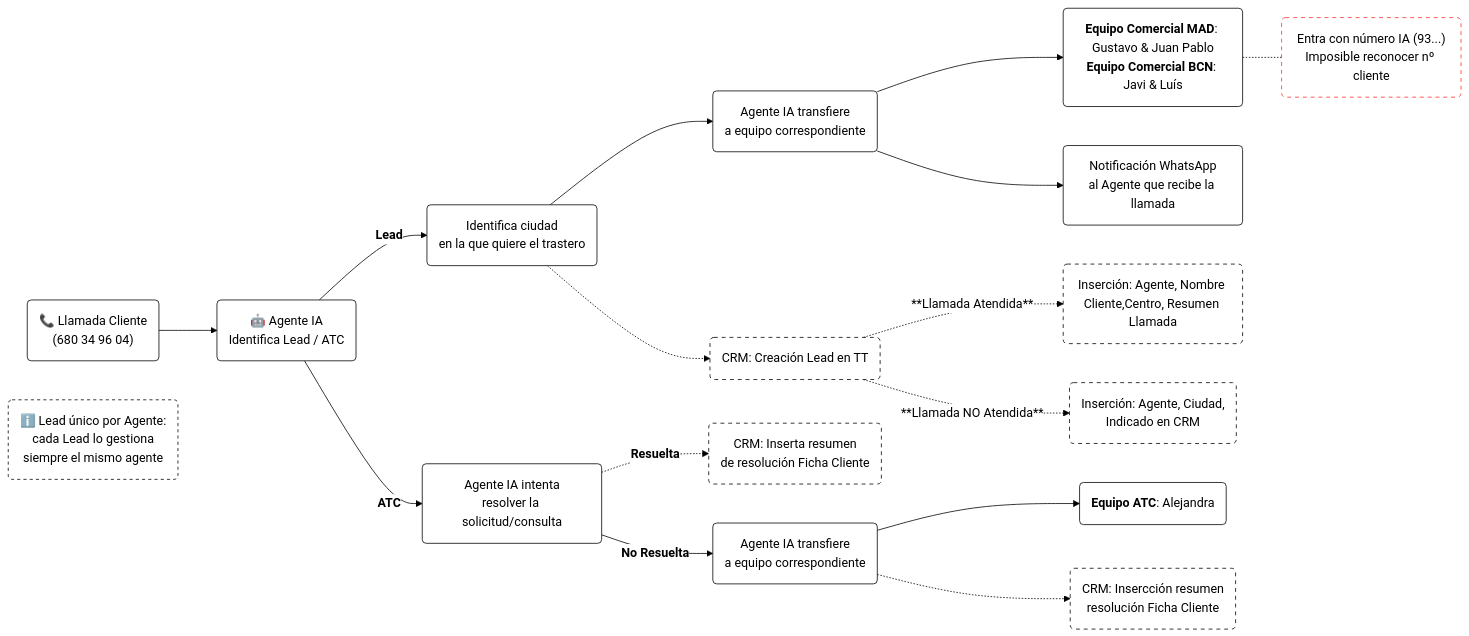
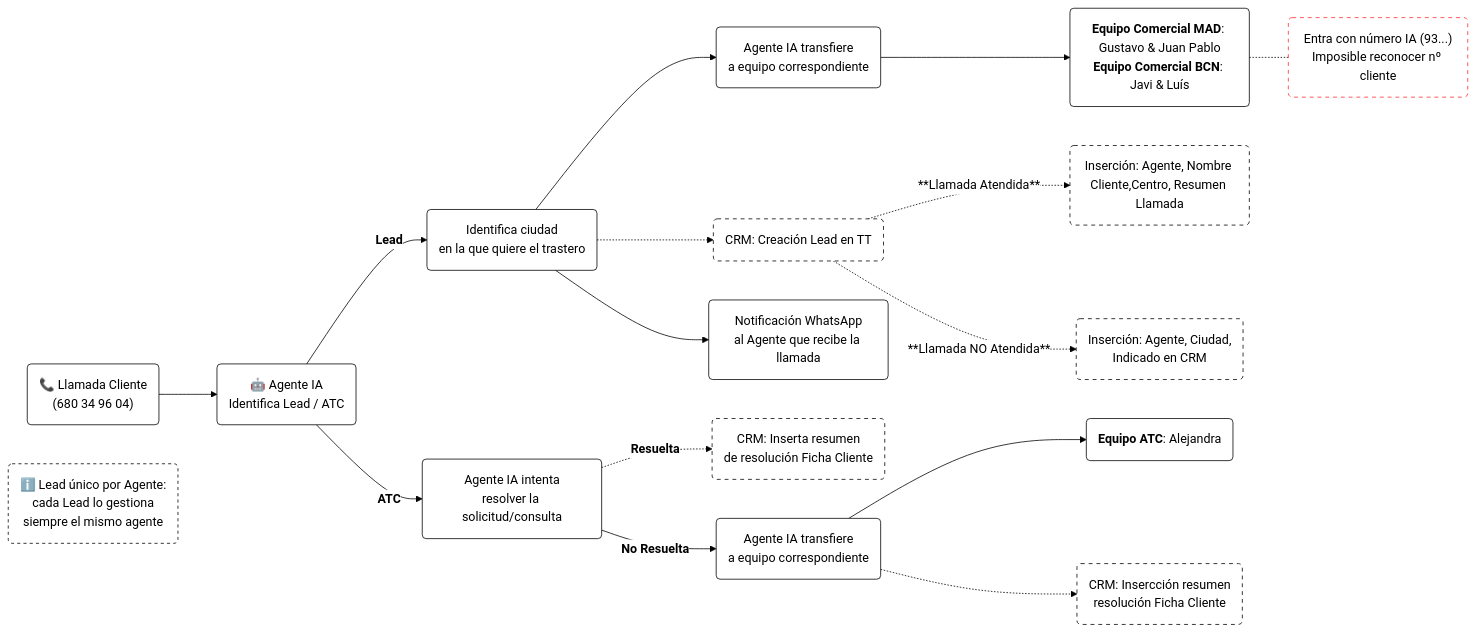
One commit to Fblanchete/Agente-IA changed the diagram in flujo_en_horario (1).md. Above: the diagram before and after it, drawn with Mermaid.

Commit message:
Update flujo_en_horario (1).md

````diff
--- a/flujo_en_horario (1).md
+++ b/flujo_en_horario (1).md
@@ -3,35 +3,35 @@
 ```mermaid
 %%{init: {'theme': 'base', 'themeVariables': { 'fontFamily': 'Arial', 'background': '#FFFFFF', 'primaryColor': '#FFFFFF', 'primaryBorderColor': '#000000', 'primaryTextColor': '#000000', 'lineColor': '#000000', 'secondaryColor': '#FFFFFF', 'tertiaryColor': '#FFFFFF'}}}%%
 flowchart LR
     A1("📞 Llamada Cliente<br/>(680 34 96 04)") --> A2("🤖 Agente IA<br/>Identifica Lead / ATC")
 
     A2 -->|"`**Lead**`"| L1("Identifica ciudad<br/>en la que quiere el trastero")
     L1 --> L2("Agente IA transfiere<br/>a equipo correspondiente")
     L1 -.-> CRM1("CRM: Creación Lead en TT")
     L4 -.- L3("Entra con número IA (93...)<br/>Imposible reconocer nº cliente")
     L2 --> L4("`**Equipo Comercial MAD**: Gustavo & Juan Pablo<br/>**Equipo Comercial BCN**: Javi & Luís`")
-    L2 --> L5("Notificación WhatsApp<br/>al Agente que recibe la llamada")
+    L1 --> L5("Notificación WhatsApp<br/>al Agente que recibe la llamada")
     CRM1 -.-> |"**Llamada Atendida**"| LA("Inserción: Agente, Nombre Cliente,Centro, Resumen Llamada")
     CRM1 -.-> |"**Llamada NO Atendida**"| LNA("Inserción: Agente, Ciudad,<br/>Indicado en CRM")
 
     A2 -->|"`**ATC**`"| T1("Agente IA intenta<br/>resolver la solicitud/consulta")
     T1 -.->|"`**Resuelta**`"| CRM2("CRM: Inserta resumen<br/>de resolución Ficha Cliente")
     T1 -->|"`**No Resuelta**`"| T2("Agente IA transfiere<br/>a equipo correspondiente")
     T2 --> T3("`**Equipo ATC**: Alejandra`")
     T2 -.-> CRM3("CRM: Insercción resumen<br/>resolución Ficha Cliente")
   
 
     N0("ℹ️ Lead único por Agente:<br/>cada Lead lo gestiona<br/>siempre el mismo agente")
 
 
     classDef todos fill:#FFFFFF,stroke:#000000,color:#000000
     classDef nota fill:#FFFFFF,stroke:#000000,color:#000000,stroke-dasharray: 4 4
     classDef comment fill:#FFFFFF,stroke:#FF2C2C,color:#000000,stroke-dasharray: 5 5
     classDef CRM fill:#FFFFFF,stroke:#000000,color:#000000,stroke-dasharray: 5 5
     class A1,A2,L1,L2,L4,L5,T1,T2,T3 todos
     class N0 nota
     class L3 comment
     class CRM1,LA,LNA,CRM3,CRM2 CRM
    
 
 ```
````
